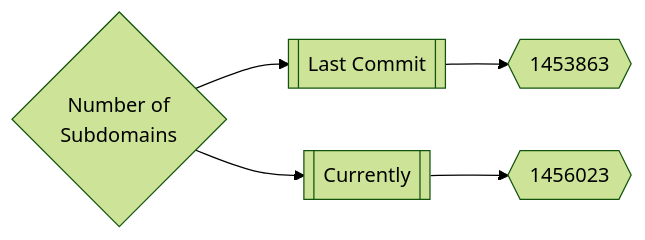
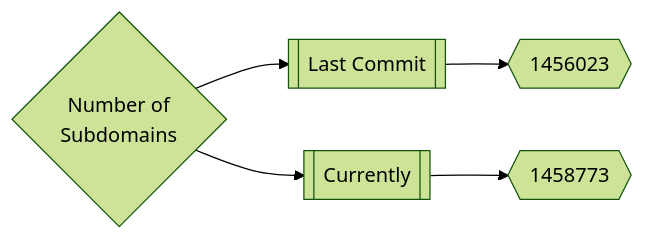
One commit to trickest/inventory changed the first of 3 diagrams in README.md. Above: the diagram before and after it, drawn with Mermaid (forest theme). The commit also changed other lines of this file and 235 other files, not shown here.

````diff
--- a/README.md
+++ b/README.md
@@ -165,5 +165,5 @@
 ```mermaid
 graph LR
-title{Number of<br>Subdomains} --> subdomainsDate1[[Last Commit]] --> subdomainsNum1{{1453863}}
-title --> subdomainsDate2[[Currently]] --> subdomainsNum2{{1456023}}
+title{Number of<br>Subdomains} --> subdomainsDate1[[Last Commit]] --> subdomainsNum1{{1456023}}
+title --> subdomainsDate2[[Currently]] --> subdomainsNum2{{1458773}}
 ```
````
